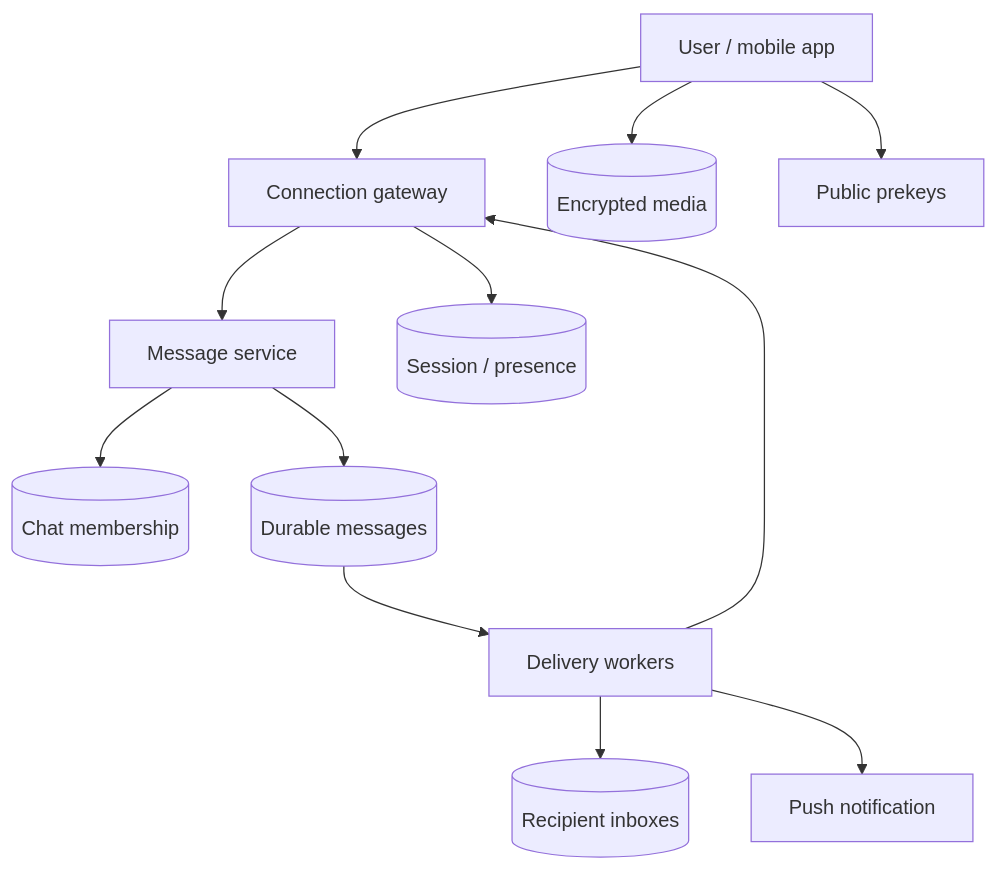
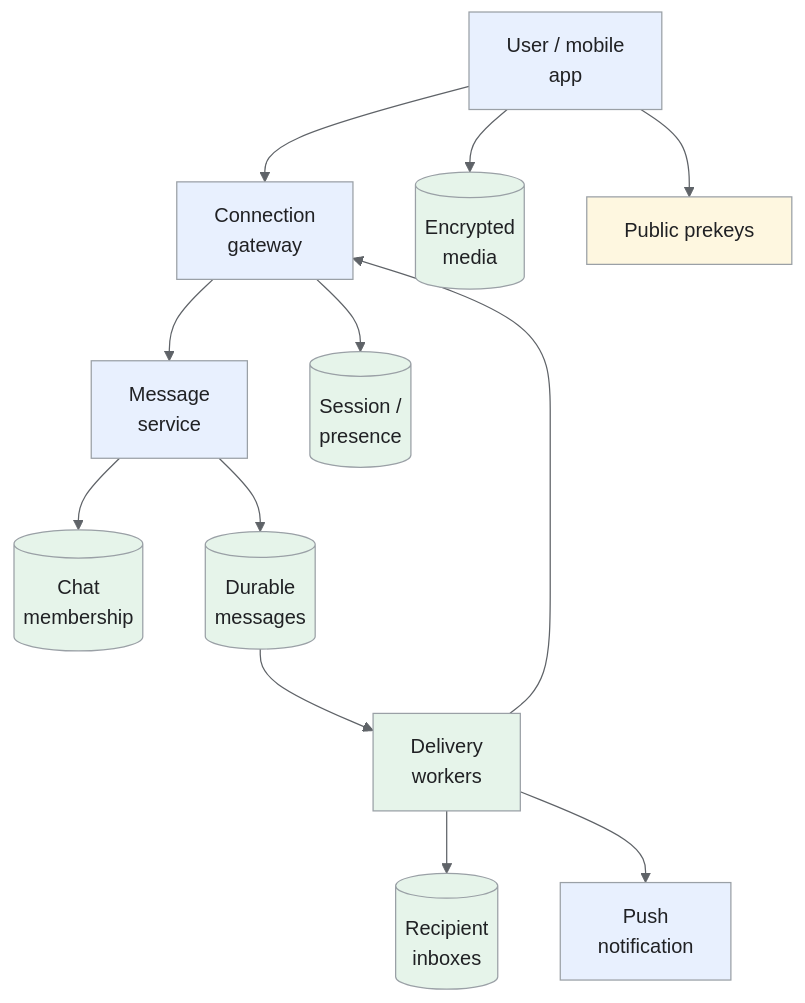
One commit to iliazlobin/iliazlobin.github.io changed the first of 5 diagrams in _designs/system-design-whatsapp.md. Above: the diagram before and after it, drawn with Mermaid. The commit also changed other lines of this file and 131 other files, not shown here.

````diff
--- a/_designs/system-design-whatsapp.md
+++ b/_designs/system-design-whatsapp.md
@@ -133,14 +149,22 @@
 ```mermaid
+%%{init: {"theme":"base","themeVariables":{"primaryColor":"#e8f0fe","primaryBorderColor":"#9aa0a6","primaryTextColor":"#202124","secondaryColor":"#e6f4ea","tertiaryColor":"#fef7e0","lineColor":"#5f6368","actorBkg":"#e8f0fe","actorBorder":"#9aa0a6","actorTextColor":"#202124","noteBkgColor":"#fef7e0","noteBorderColor":"#9aa0a6","noteTextColor":"#202124","signalColor":"#5f6368","signalTextColor":"#202124"}}}%%
 flowchart TB
-  U["User / mobile app"] --> G["Connection gateway"]
-  G --> M["Message service"]
-  M --> C[("Chat membership")]
-  M --> D[("Durable messages")]
-  D --> F["Delivery workers"]
+  U["User / mobile<br>app"] --> G["Connection<br>gateway"]
+  G --> M["Message<br>service"]
+  M --> C[("Chat<br>membership")]
+  M --> D[("Durable<br>messages")]
+  D --> F["Delivery<br>workers"]
   F --> G
-  F --> I[("Recipient inboxes")]
-  F --> P["Push notification"]
-  G --> R[("Session / presence")]
-  U --> O[("Encrypted media")]
+  F --> I[("Recipient<br>inboxes")]
+  F --> P["Push<br>notification"]
+  G --> R[("Session /<br>presence")]
+  U --> O[("Encrypted<br>media")]
   U --> K["Public prekeys"]
+classDef request fill:#e8f0fe,stroke:#9aa0a6,color:#202124;
+classDef data fill:#e6f4ea,stroke:#9aa0a6,color:#202124;
+classDef control fill:#fef7e0,stroke:#9aa0a6,color:#202124;
+class U,G,M,P request;
+class C,D,F,I,R,O data;
+class K control;
+
 ```
````
